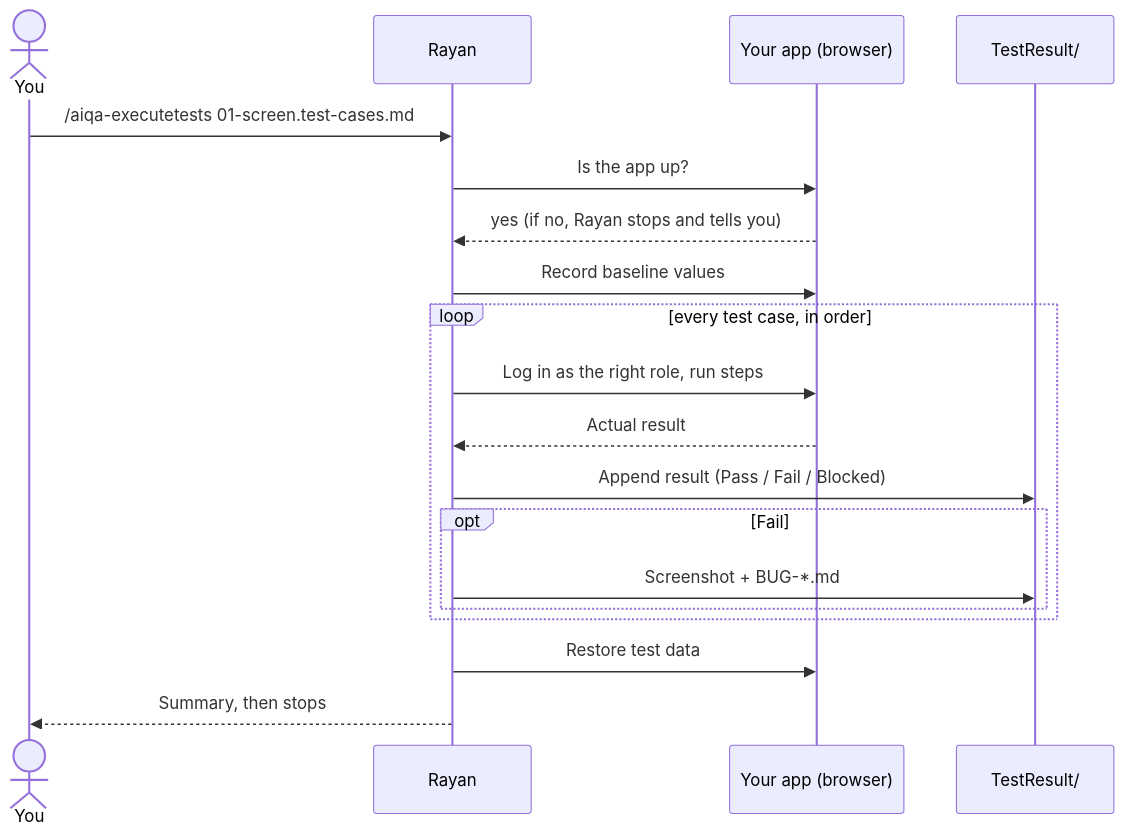
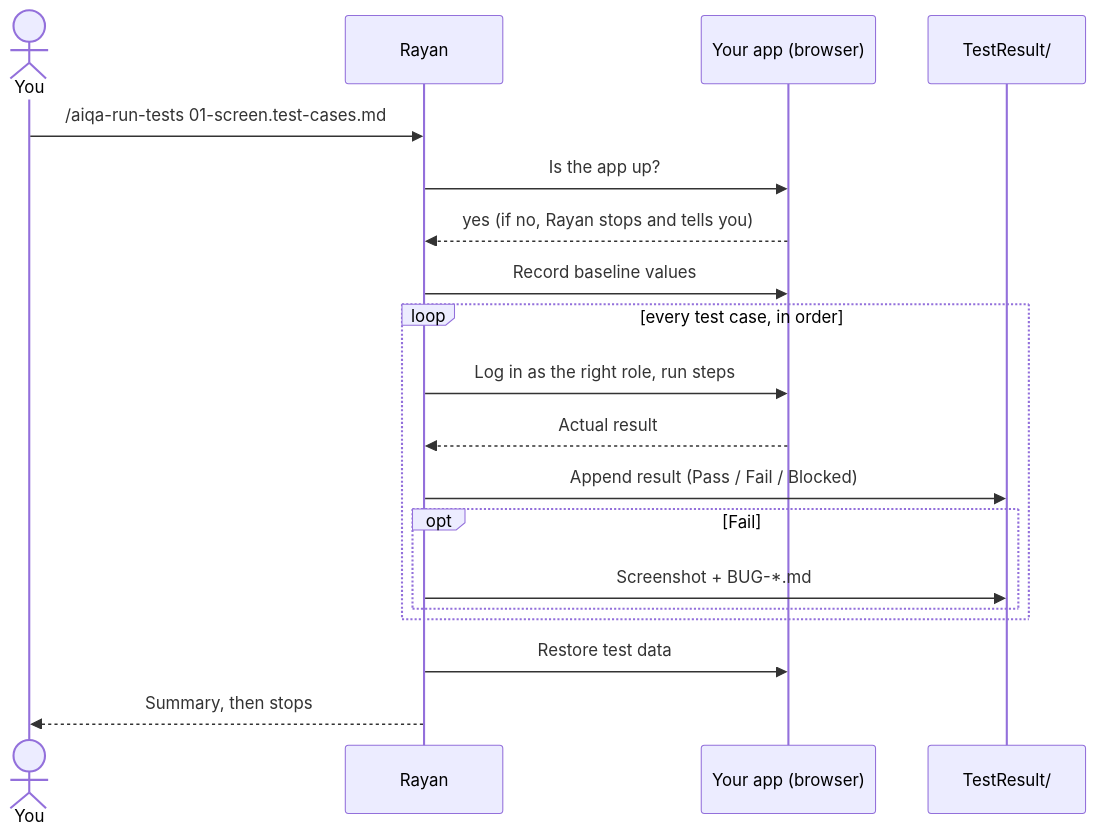
Before and after one commit to afmelwekeel/AI-QA-Framework: the diagram in docs/diagrams/execute-sequence.mmd, drawn with Mermaid. The commit also changed 38 other files, not shown here.

```diff
--- a/docs/diagrams/execute-sequence.mmd
+++ b/docs/diagrams/execute-sequence.mmd
@@ -1,19 +1,19 @@
 sequenceDiagram
     actor You
     participant Rayan
     participant App as Your app (browser)
     participant Files as TestResult/
-    You->>Rayan: /aiqa-executetests 01-screen.test-cases.md
+    You->>Rayan: /aiqa-run-tests 01-screen.test-cases.md
     Rayan->>App: Is the app up?
     App-->>Rayan: yes (if no, Rayan stops and tells you)
     Rayan->>App: Record baseline values
     loop every test case, in order
         Rayan->>App: Log in as the right role, run steps
         App-->>Rayan: Actual result
         Rayan->>Files: Append result (Pass / Fail / Blocked)
         opt Fail
             Rayan->>Files: Screenshot + BUG-*.md
         end
     end
     Rayan->>App: Restore test data
     Rayan-->>You: Summary, then stops
```
